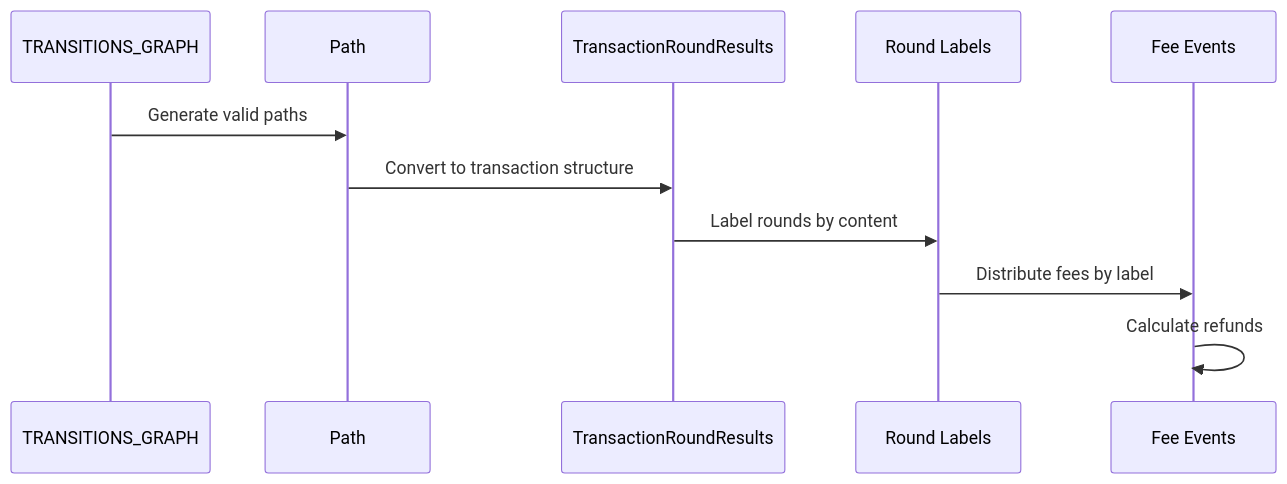
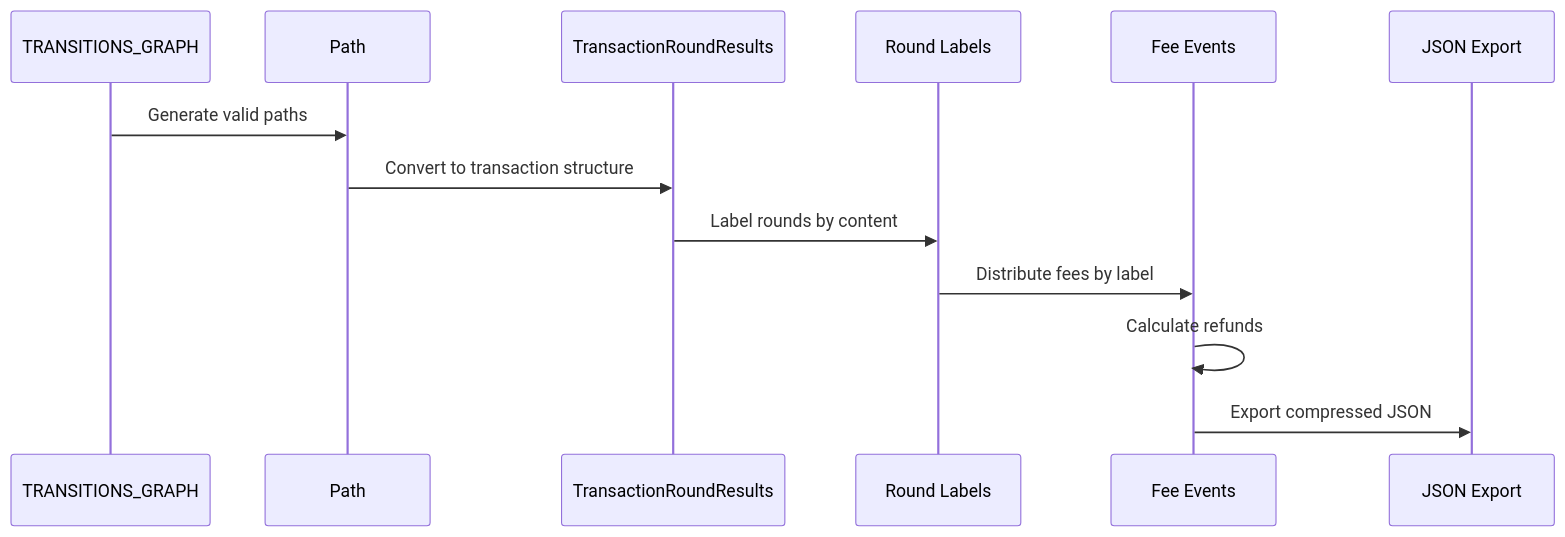
Before and after one commit to yeagerai/consensus-simulator: the second of 5 diagrams in docs/ARCHITECTURE.md, drawn with Mermaid. The commit also changed other lines of this file and 9 other files, not shown here.

````diff
--- a/docs/ARCHITECTURE.md
+++ b/docs/ARCHITECTURE.md
@@ -82,14 +86,16 @@
 ```mermaid
 sequenceDiagram
     participant G as TRANSITIONS_GRAPH
     participant P as Path
     participant T as TransactionRoundResults
     participant L as Round Labels
     participant F as Fee Events
+    participant J as JSON Export
     
     G->>P: Generate valid paths
     P->>T: Convert to transaction structure
     T->>L: Label rounds by content
     L->>F: Distribute fees by label
     F->>F: Calculate refunds
+    F->>J: Export compressed JSON
 ```
````
